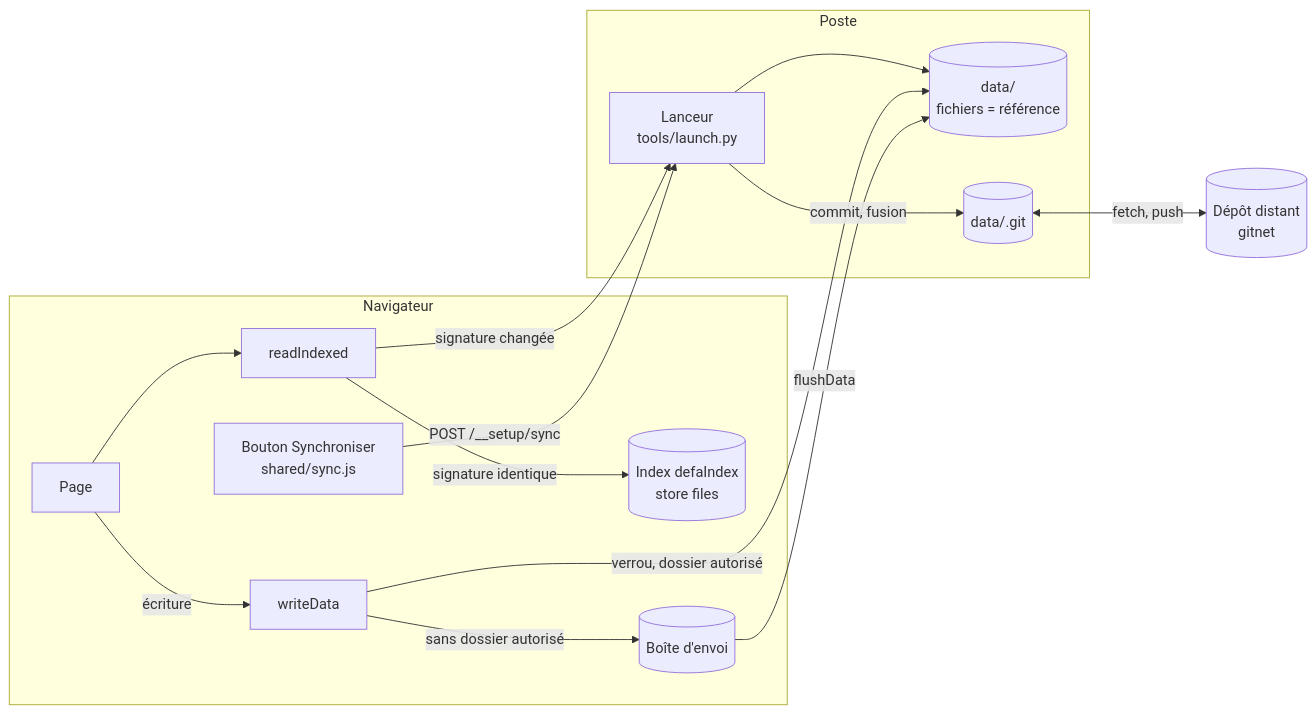
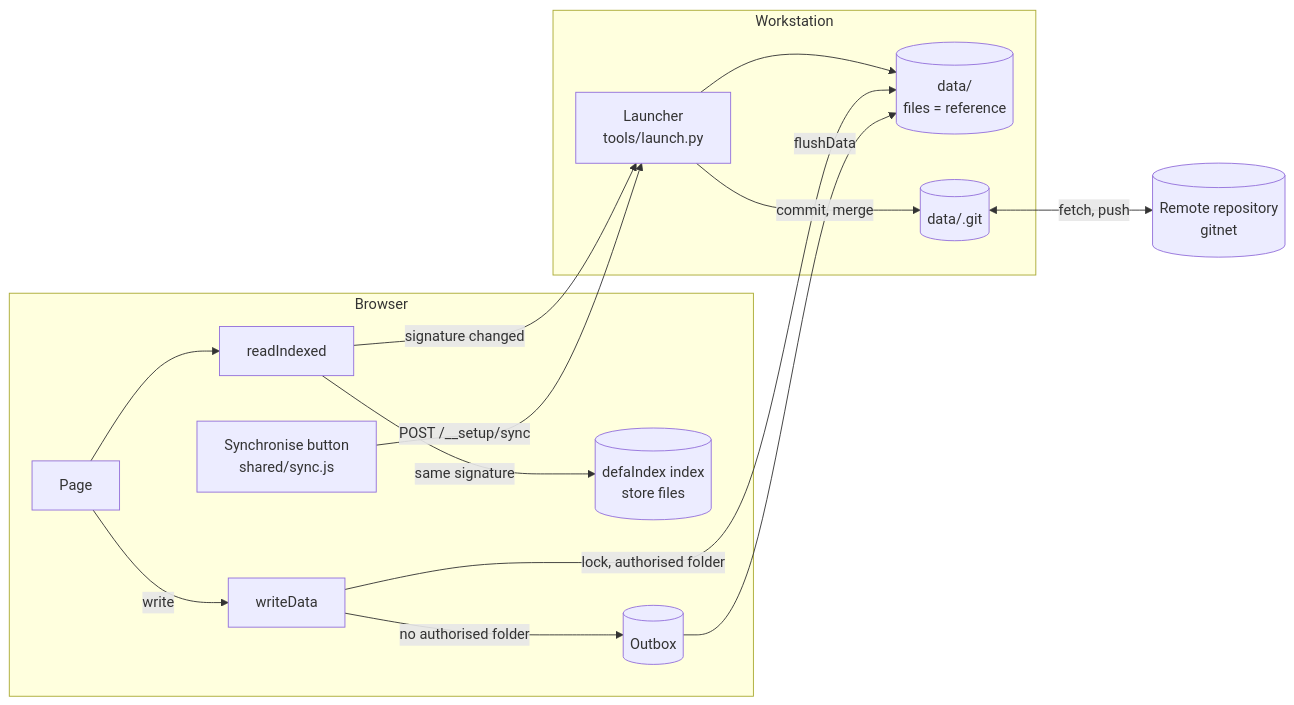
Before and after one commit to woyczek/flight_planner: the first of 2 diagrams in docs/technique/SYNCHRONISATION.md, drawn with Mermaid. The commit also changed other lines of this file and 55 other files, not shown here.

````diff
--- a/docs/technique/SYNCHRONISATION.md
+++ b/docs/technique/SYNCHRONISATION.md
@@ -31,22 +31,22 @@
 ```mermaid
 flowchart LR
-  subgraph Navigateur
+  subgraph Browser
     P[Page] --> RI[readIndexed]
-    RI -->|signature identique| IDX[(Index defaIndex<br/>store files)]
-    P -->|écriture| WD[writeData]
-    WD -->|sans dossier autorisé| OB[(Boîte d'envoi)]
-    BTN[Bouton Synchroniser<br/>shared/sync.js]
+    RI -->|same signature| IDX[(defaIndex index<br/>store files)]
+    P -->|write| WD[writeData]
+    WD -->|no authorised folder| OB[(Outbox)]
+    BTN[Synchronise button<br/>shared/sync.js]
   end
-  subgraph Poste
-    L[Lanceur<br/>tools/launch.py]
-    D[(data/<br/>fichiers = référence)]
+  subgraph Workstation
+    L[Launcher<br/>tools/launch.py]
+    D[(data/<br/>files = reference)]
     G[(data/.git)]
   end
-  R[(Dépôt distant<br/>gitnet)]
-  RI -->|signature changée| L --> D
-  WD -->|verrou, dossier autorisé| D
+  R[(Remote repository<br/>gitnet)]
+  RI -->|signature changed| L --> D
+  WD -->|lock, authorised folder| D
   OB -->|flushData| D
   BTN -->|POST /__setup/sync| L
-  L -->|commit, fusion| G
+  L -->|commit, merge| G
   G <-->|fetch, push| R
 ```
````
